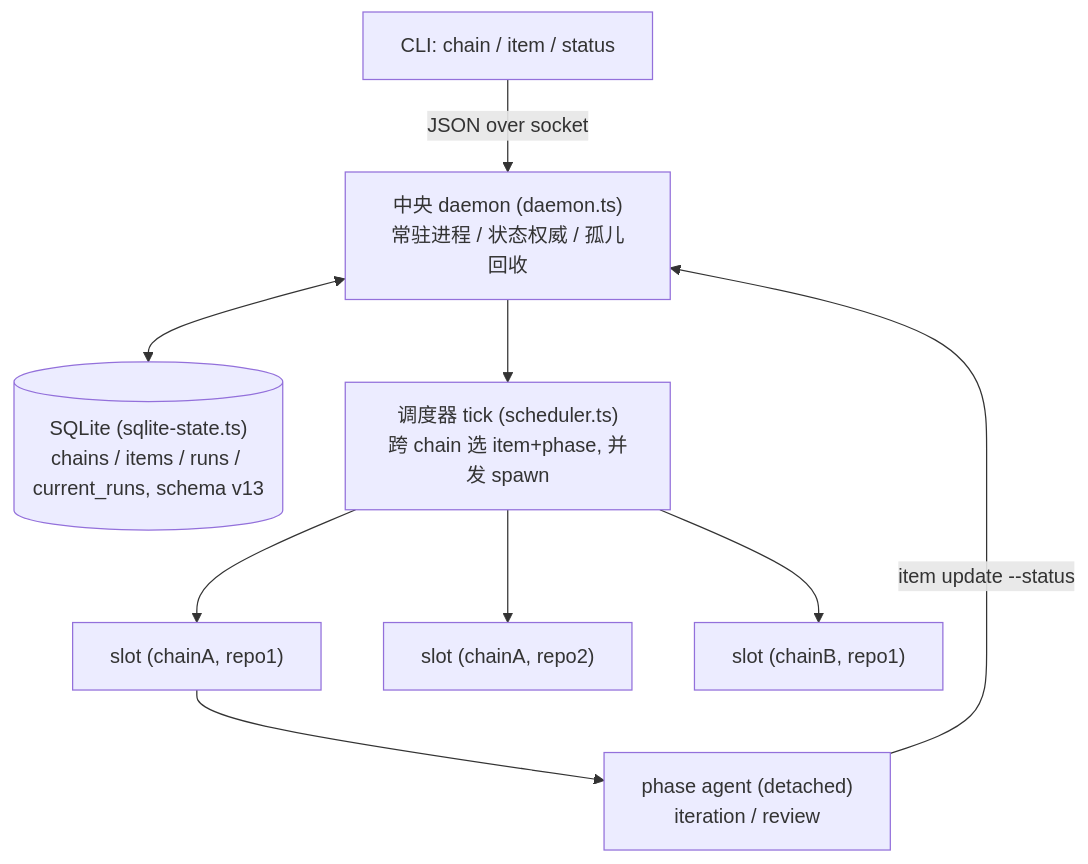
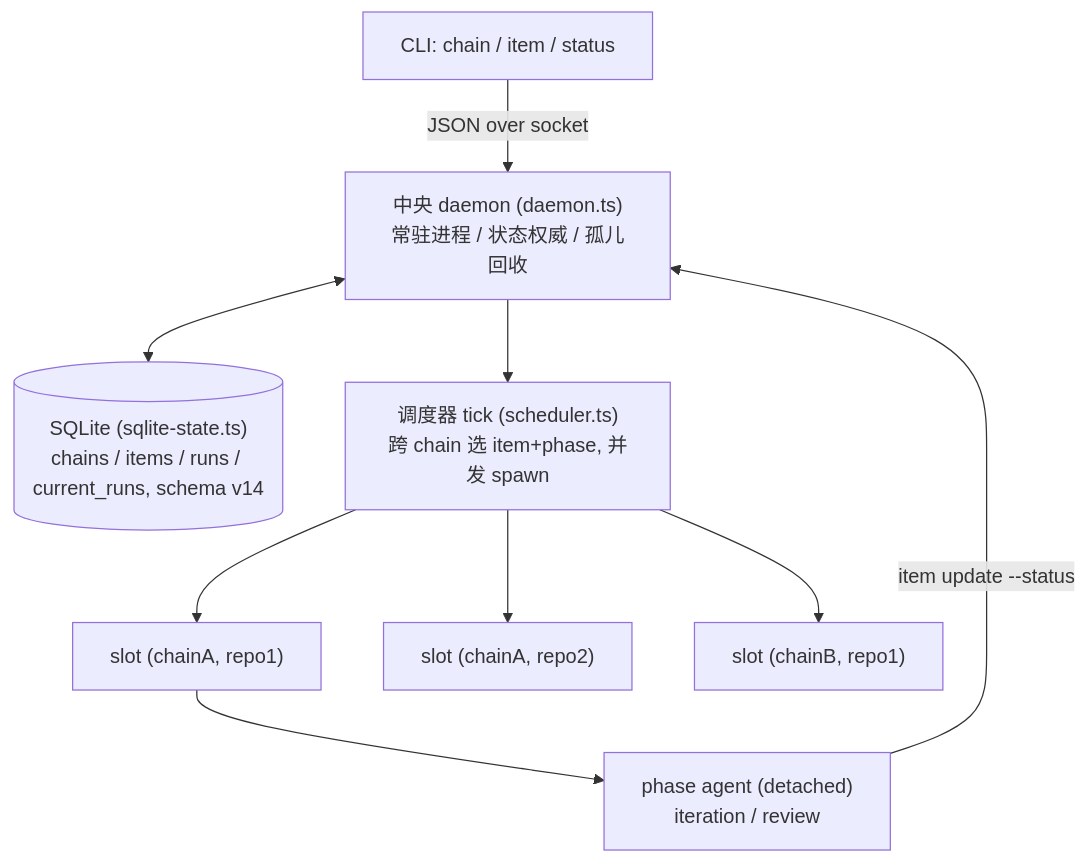
Before and after one commit to mouriya-s-lab/coder-loop: the diagram in docs/architecture-v2.md, drawn with Mermaid. The commit also changed other lines of this file and 30 other files, not shown here.

````diff
--- a/docs/architecture-v2.md
+++ b/docs/architecture-v2.md
@@ -13,11 +13,11 @@
 ```mermaid
 flowchart TD
   cli["CLI: chain / item / status"] -- "JSON over socket" --> daemon["中央 daemon (daemon.ts)<br/>常驻进程 / 状态权威 / 孤儿回收"]
-  daemon <--> db[("SQLite (sqlite-state.ts)<br/>chains / items / runs / current_runs, schema v13")]
+  daemon <--> db[("SQLite (sqlite-state.ts)<br/>chains / items / runs / current_runs, schema v14")]
   daemon --> sched["调度器 tick (scheduler.ts)<br/>跨 chain 选 item+phase, 并发 spawn"]
   sched --> sA["slot (chainA, repo1)"]
   sched --> sB["slot (chainA, repo2)"]
   sched --> sC["slot (chainB, repo1)"]
   sA --> agent["phase agent (detached)<br/>iteration / review"]
   agent -- "item update --status" --> daemon
 ```
````
